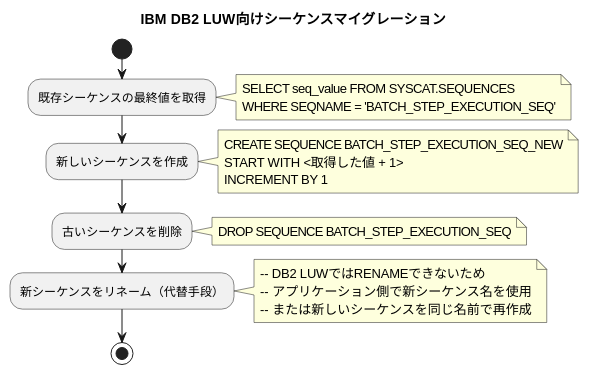
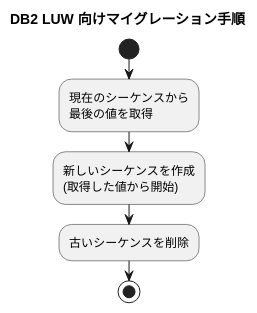
The second of 2 diagrams in output/spring-batch/6.0.2/all/current/markdown/issues_summary/issue_5166.md (mochimoching/github_issue_translate), drawn with PlantUML before and after one commit. The commit also changed other lines of this file and 63 other files, not shown here.

````diff
--- a/output/spring-batch/6.0.2/all/current/markdown/issues_summary/issue_5166.md
+++ b/output/spring-batch/6.0.2/all/current/markdown/issues_summary/issue_5166.md
@@ -41,33 +61,16 @@
 ```plantuml
 @startuml
-title IBM DB2 LUW向けシーケンスマイグレーション
+title DB2 LUW 向けマイグレーション手順
 
 start
-:既存シーケンスの最終値を取得;
-note right
-SELECT seq_value FROM SYSCAT.SEQUENCES
-WHERE SEQNAME = 'BATCH_STEP_EXECUTION_SEQ'
-end note
 
-:新しいシーケンスを作成;
-note right
-CREATE SEQUENCE BATCH_STEP_EXECUTION_SEQ_NEW
-START WITH <取得した値 + 1>
-INCREMENT BY 1
-end note
+:現在のシーケンスから\n最後の値を取得;
+
+:新しいシーケンスを作成\n(取得した値から開始);
 
 :古いシーケンスを削除;
-note right
-DROP SEQUENCE BATCH_STEP_EXECUTION_SEQ
-end note
-
-:新シーケンスをリネーム（代替手段）;
-note right
--- DB2 LUWではRENAMEできないため
--- アプリケーション側で新シーケンス名を使用
--- または新しいシーケンスを同じ名前で再作成
-end note
 
 stop
+
 @enduml
 ```
````
